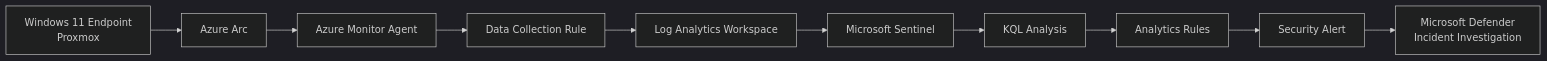
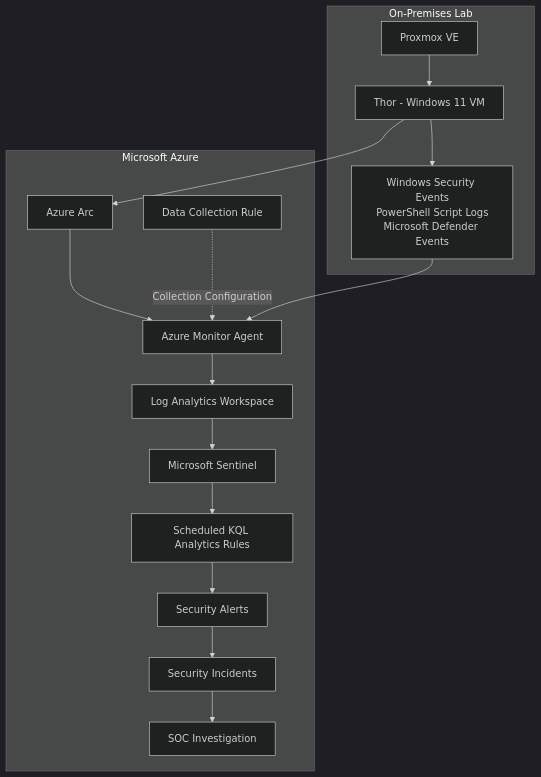
One commit to CyberAmal/microsoft-sentinel-cloud-soc changed the first of 2 diagrams in README.md. Above: the diagram before and after it, drawn with Mermaid (dark theme). The commit also changed other lines of this file, not shown here.

````diff
--- a/README.md
+++ b/README.md
@@ -34,24 +27,33 @@
 ```mermaid
-flowchart LR
+flowchart TD
+    subgraph HOME["On-Premises Lab"]
+        P["Proxmox VE"]
+        W["Thor - Windows 11 VM"]
+        LOG["Windows Security Events<br/>PowerShell Script Logs<br/>Microsoft Defender Events"]
+        P --> W
+        W --> LOG
+    end
 
-    WIN["Windows 11 Endpoint<br/>Proxmox"]
-    ARC["Azure Arc"]
-    AMA["Azure Monitor Agent"]
-    DCR["Data Collection Rule"]
-    LAW["Log Analytics Workspace"]
-    SENTINEL["Microsoft Sentinel"]
-    KQL["KQL Analysis"]
-    RULES["Analytics Rules"]
-    ALERT["Security Alert"]
-    DEFENDER["Microsoft Defender<br/>Incident Investigation"]
+    subgraph CLOUD["Microsoft Azure"]
+        ARC["Azure Arc"]
+        AMA["Azure Monitor Agent"]
+        DCR["Data Collection Rule"]
+        LAW["Log Analytics Workspace"]
+        SENT["Microsoft Sentinel"]
+        RULE["Scheduled KQL Analytics Rules"]
+        ALERT["Security Alerts"]
+        INC["Security Incidents"]
+        INV["SOC Investigation"]
+    end
 
-    WIN --> ARC
+    W --> ARC
     ARC --> AMA
-    AMA --> DCR
-    DCR --> LAW
-    LAW --> SENTINEL
-    SENTINEL --> KQL
-    KQL --> RULES
-    RULES --> ALERT
-    ALERT --> DEFENDER
+    LOG --> AMA
+    DCR -. "Collection Configuration" .-> AMA
+    AMA --> LAW
+    LAW --> SENT
+    SENT --> RULE
+    RULE --> ALERT
+    ALERT --> INC
+    INC --> INV
 ```
````
